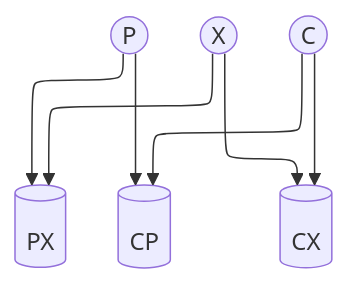
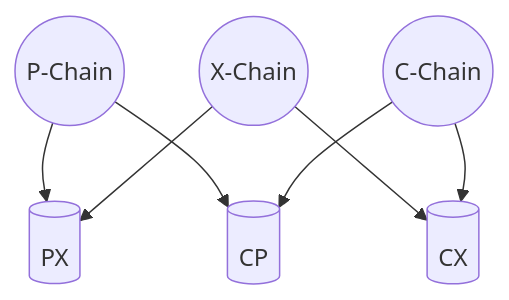
Before and after one commit to ava-labs/avalanchego: the second of 5 diagrams in vms/saevm/cchain/README.md, drawn with Mermaid.

````diff
--- a/vms/saevm/cchain/README.md
+++ b/vms/saevm/cchain/README.md
@@ -63,18 +63,17 @@
 ```mermaid
-%%{init: {"flowchart": {"defaultRenderer": "elk"}} }%%
 flowchart TB
-    P((P))
-    X((X))
-    C((C))
+    P((P-Chain))
+    X((X-Chain))
+    C((C-Chain))
 
     PX[("PX")]
     CP[("CP")]
     CX[("CX")]
 
     P --> PX
     X --> PX
     P --> CP
     C --> CP
     X --> CX
     C --> CX
 ```
````
